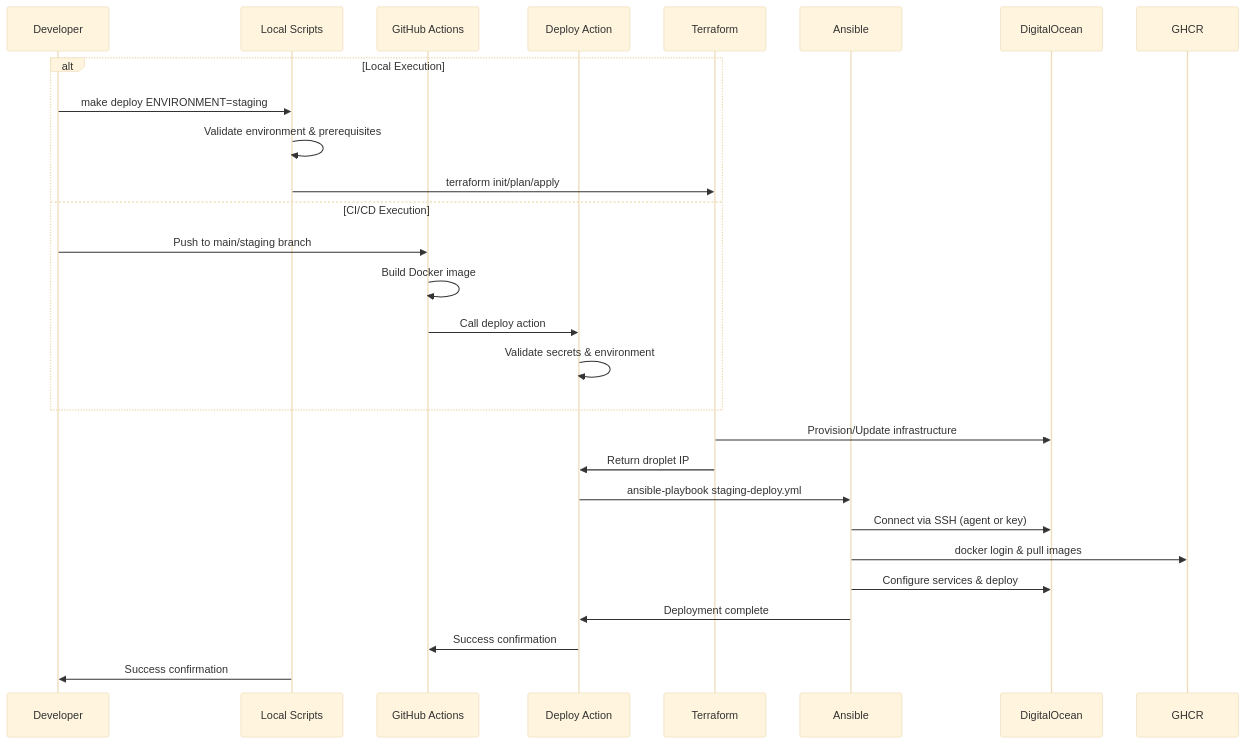
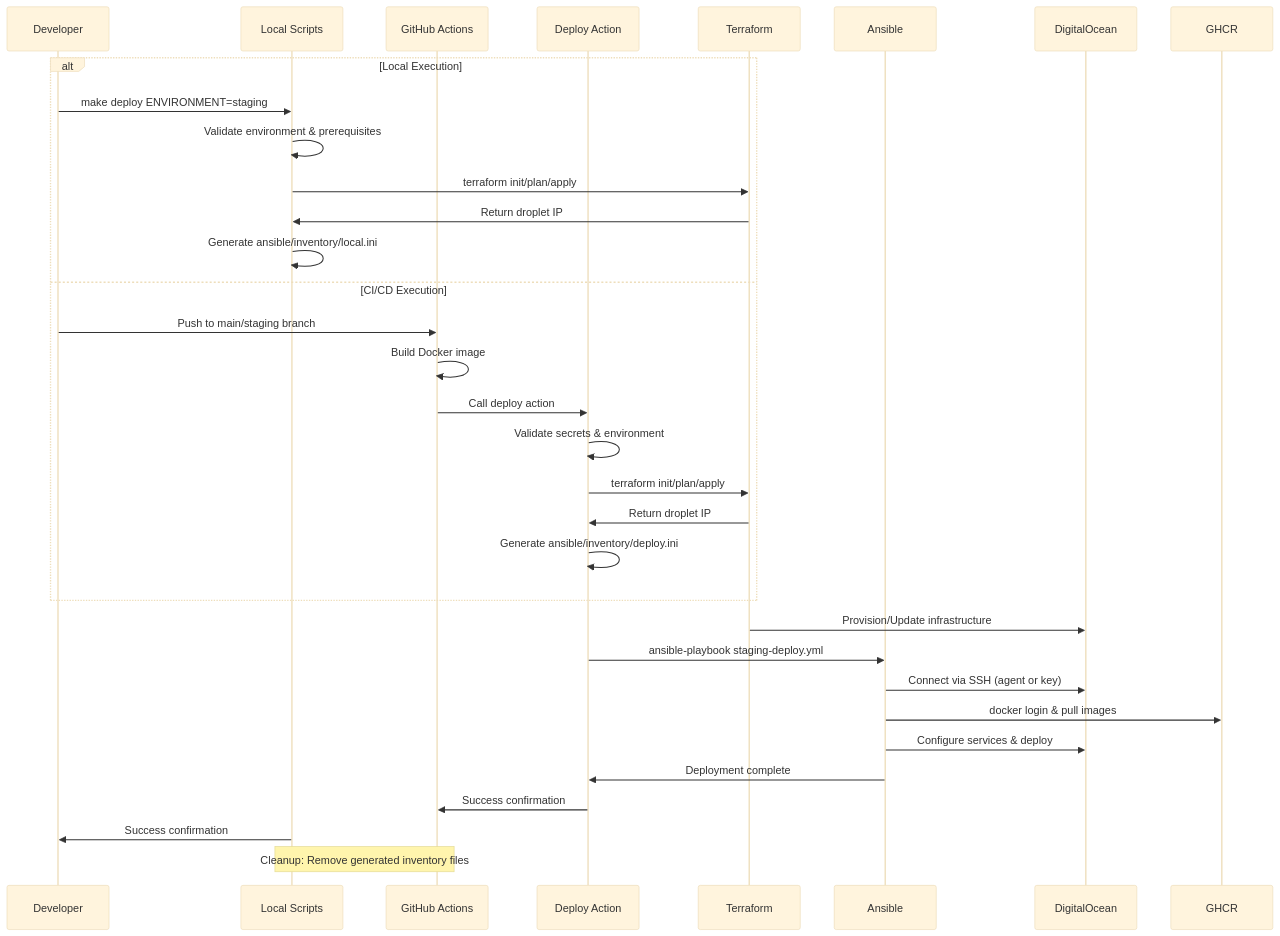
One commit to bxmty/dotca changed the second of 2 diagrams in docs/local-development-setup.md. Above: the diagram before and after it, drawn with Mermaid (base theme). The commit also changed other lines of this file, not shown here.

````diff
--- a/docs/local-development-setup.md
+++ b/docs/local-development-setup.md
@@ -242,34 +312,40 @@
 ```mermaid
 sequenceDiagram
     participant Dev as Developer
     participant Local as Local Scripts
     participant CI_CD as GitHub Actions
     participant Deploy_Action as Deploy Action
     participant TF as Terraform
     participant Ansible as Ansible
     participant DO as DigitalOcean
     participant Registry as GHCR
 
     alt Local Execution
         Dev->>Local: make deploy ENVIRONMENT=staging
         Local->>Local: Validate environment & prerequisites
         Local->>TF: terraform init/plan/apply
+        TF->>Local: Return droplet IP
+        Local->>Local: Generate ansible/inventory/local.ini
     else CI/CD Execution
         Dev->>CI_CD: Push to main/staging branch
         CI_CD->>CI_CD: Build Docker image
         CI_CD->>Deploy_Action: Call deploy action
         Deploy_Action->>Deploy_Action: Validate secrets & environment
+        Deploy_Action->>TF: terraform init/plan/apply
+        TF->>Deploy_Action: Return droplet IP
+        Deploy_Action->>Deploy_Action: Generate ansible/inventory/deploy.ini
     end
 
     TF->>DO: Provision/Update infrastructure
-    TF->>Deploy_Action: Return droplet IP
 
     Deploy_Action->>Ansible: ansible-playbook staging-deploy.yml
     Ansible->>DO: Connect via SSH (agent or key)
     Ansible->>Registry: docker login & pull images
     Ansible->>DO: Configure services & deploy
 
     Ansible->>Deploy_Action: Deployment complete
     Deploy_Action->>CI_CD: Success confirmation
     Local->>Dev: Success confirmation
+
+    Note over Local,CI_CD: Cleanup: Remove generated inventory files
 ```
````
